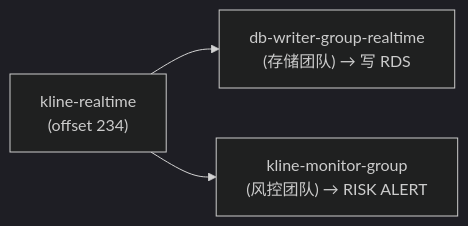
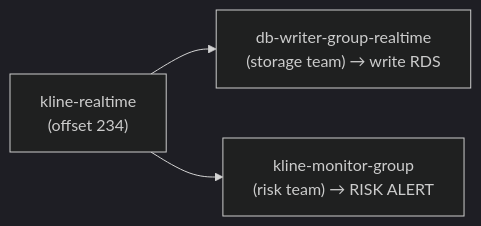
One commit to azc2003/KlineLoaderProject changed the fifth of 5 diagrams in README.md. Above: the diagram before and after it, drawn with Mermaid (dark theme). The commit also changed other lines of this file, not shown here.

````diff
--- a/README.md
+++ b/README.md
@@ -177,5 +177,5 @@
 ```mermaid
 flowchart LR
-    T["kline-realtime<br/>(offset 234)"] --> G1["db-writer-group-realtime<br/>(存储团队) → 写 RDS"]
-    T --> G2["kline-monitor-group<br/>(风控团队) → RISK ALERT"]
+    T["kline-realtime<br/>(offset 234)"] --> G1["db-writer-group-realtime<br/>(storage team) → write RDS"]
+    T --> G2["kline-monitor-group<br/>(risk team) → RISK ALERT"]
 ```
````
